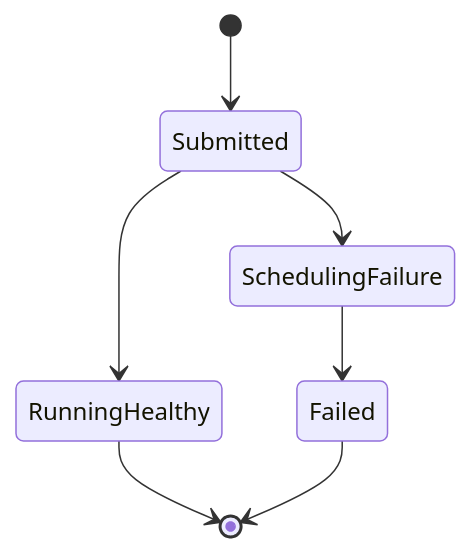
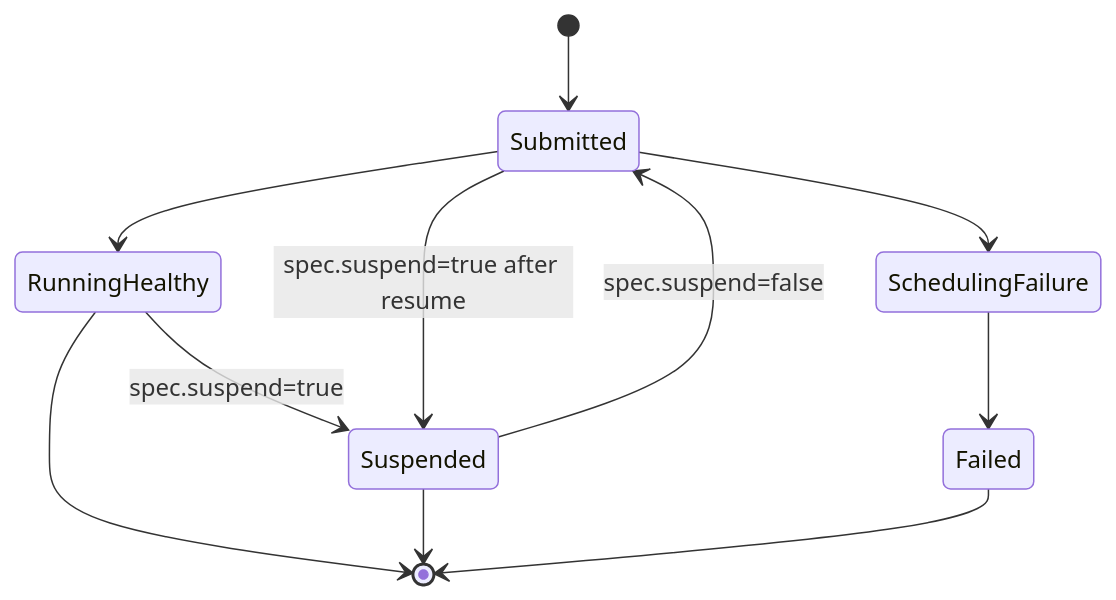
Before and after one commit to apache/spark-kubernetes-operator: the third of 3 diagrams in docs/architecture.md, drawn with Mermaid. The commit also changed other lines of this file and 24 other files, not shown here.

First line of the commit message:
[SPARK-59750] Support `spec.suspend` for a running `SparkCluster`

````diff
--- a/docs/architecture.md
+++ b/docs/architecture.md
@@ -194,13 +194,18 @@
 ```mermaid
 stateDiagram-v2
 
     [*] --> Submitted
 
     Submitted --> RunningHealthy
     Submitted --> SchedulingFailure
 
     SchedulingFailure --> Failed
 
+    RunningHealthy --> Suspended : spec.suspend=true
+    Suspended --> Submitted : spec.suspend=false
+    Submitted --> Suspended : spec.suspend=true after resume
+
     RunningHealthy --> [*]
+    Suspended --> [*]
     Failed --> [*]
 ```
````
